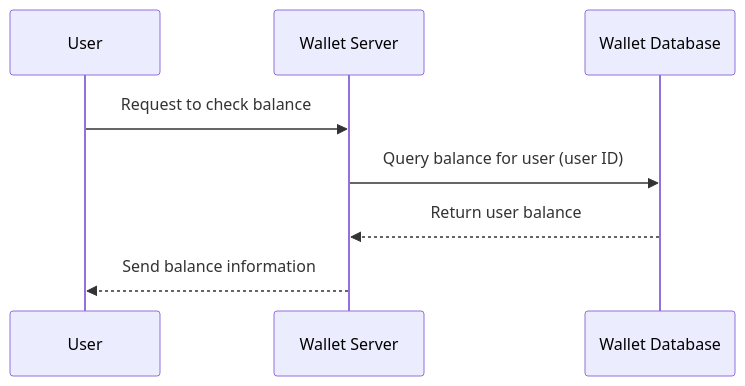
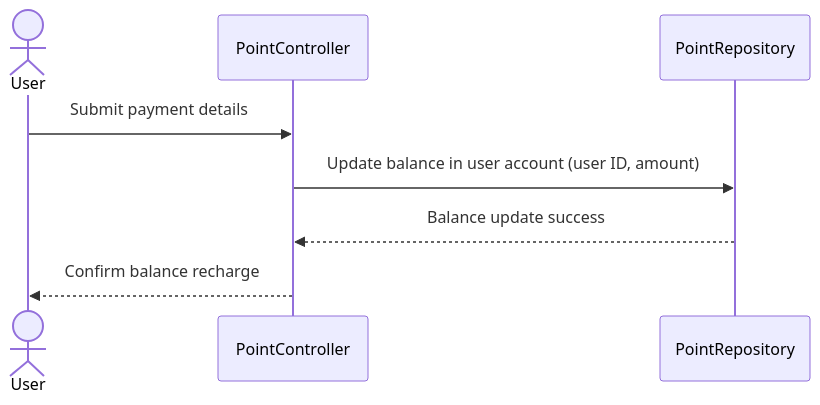
The sixth of 6 diagrams in README.md (danykim57/concert), drawn with Mermaid before and after one commit. The commit also changed other lines of this file, not shown here.

````diff
--- a/README.md
+++ b/README.md
@@ -156,11 +147,11 @@
 ```mermaid
 sequenceDiagram
-    participant User as User
-    participant Server as Wallet Server
-    participant DB as Wallet Database
+    actor User as User
+    participant Server as PointController
+    participant DB as PointRepository
 
-    User->>Server: Request to check balance
-    Server->>DB: Query balance for user (user ID)
-    DB-->>Server: Return user balance
-    Server-->>User: Send balance information
+    User->>Server: Submit payment details
+    Server->>DB: Update balance in user account (user ID, amount)
+    DB-->>Server: Balance update success
+    Server-->>User: Confirm balance recharge
 ```
````
